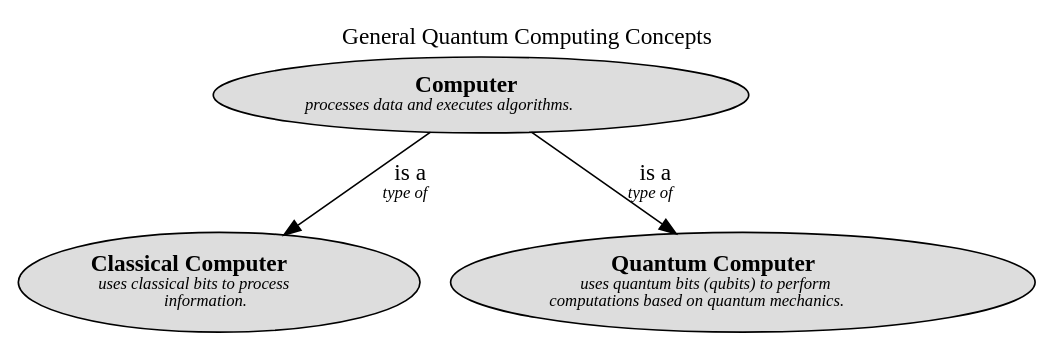
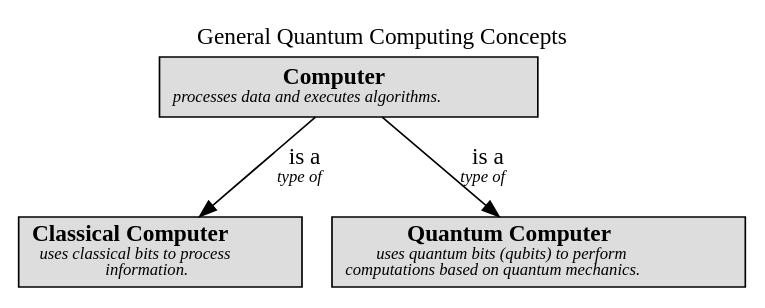
The diagram in docs/software-development/quantum-computing/concept-view.dot (lsolbach/overarch-models), drawn with Graphviz before and after one commit. The commit also changed 57 other files, not shown here.

```diff
--- a/docs/software-development/quantum-computing/concept-view.dot
+++ b/docs/software-development/quantum-computing/concept-view.dot
@@ -1,15 +1,15 @@
 digraph "General Quantum Computing Concepts" {
   labelloc= "t"
   label="General Quantum Computing Concepts"
 
   layout=dot
-software_development_quantum_computing__classical_computer [shape=ellipse style=filled fillcolor="#dddddd" label=<<B>Classical Computer</B><BR/><FONT POINT-SIZE="10"><I>uses classical bits to process<BR/>information. </I></FONT>>]
-software_development_quantum_computing__quantum_computer [shape=ellipse style=filled fillcolor="#dddddd" label=<<B>Quantum Computer</B><BR/><FONT POINT-SIZE="10"><I>uses quantum bits (qubits) to perform<BR/>computations based on quantum mechanics. </I></FONT>>]
-software_development_quantum_computing__computer [shape=ellipse style=filled fillcolor="#dddddd" label=<<B>Computer</B><BR/><FONT POINT-SIZE="10"><I>processes data and executes algorithms. </I></FONT>>]
+software_development_quantum_computing__classical_computer [shape=box style=filled fillcolor="#dddddd" label=<<B>Classical Computer</B><BR/><FONT POINT-SIZE="10"><I>uses classical bits to process<BR/>information. </I></FONT>>]
+software_development_quantum_computing__quantum_computer [shape=box style=filled fillcolor="#dddddd" label=<<B>Quantum Computer</B><BR/><FONT POINT-SIZE="10"><I>uses quantum bits (qubits) to perform<BR/>computations based on quantum mechanics. </I></FONT>>]
+software_development_quantum_computing__computer [shape=box style=filled fillcolor="#dddddd" label=<<B>Computer</B><BR/><FONT POINT-SIZE="10"><I>processes data and executes algorithms. </I></FONT>>]
  
 software_development_quantum_computing__computer -> software_development_quantum_computing__classical_computer [label=<is a<BR/><FONT POINT-SIZE="10"><I>type of </I></FONT>>]
 software_development_quantum_computing__computer -> software_development_quantum_computing__quantum_computer [label=<is a<BR/><FONT POINT-SIZE="10"><I>type of </I></FONT>>]
  
 }
 
 // (generated by Overarch with template views/view.dot.cmb)
```
